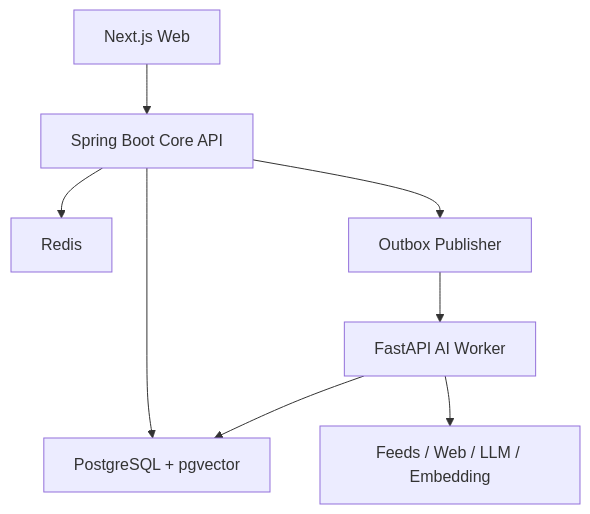
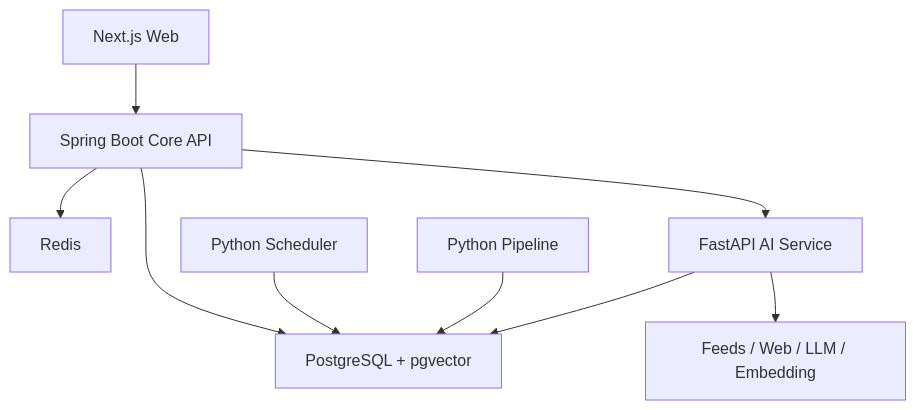
Before and after one commit to linruibang19-home/AI-Hot-Radar: the diagram in docs/spec/02-system-architecture.md, drawn with Mermaid. The commit also changed other lines of this file and 45 other files, not shown here.

````diff
--- a/docs/spec/02-system-architecture.md
+++ b/docs/spec/02-system-architecture.md
@@ -7,10 +7,11 @@
 ```mermaid
 flowchart TD
     WEB["Next.js Web"] --> API["Spring Boot Core API"]
     API --> PG["PostgreSQL + pgvector"]
     API --> REDIS["Redis"]
-    API --> OUTBOX["Outbox Publisher"]
-    OUTBOX --> AI["FastAPI AI Worker"]
+    SCHED["Python Scheduler"] --> PG
+    PIPE["Python Pipeline"] --> PG
+    API --> AI["FastAPI AI Service"]
     AI --> EXT["Feeds / Web / LLM / Embedding"]
     AI --> PG
 ```
````
